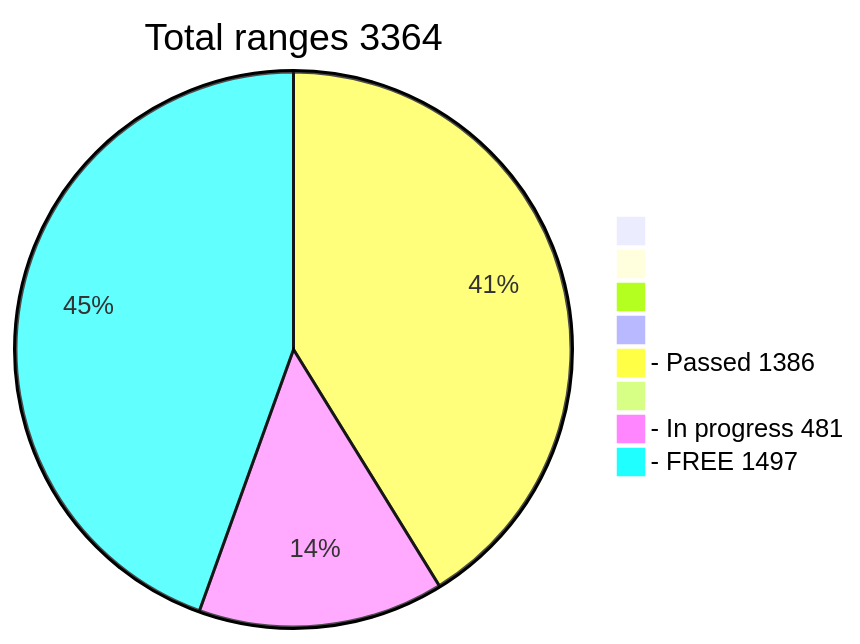
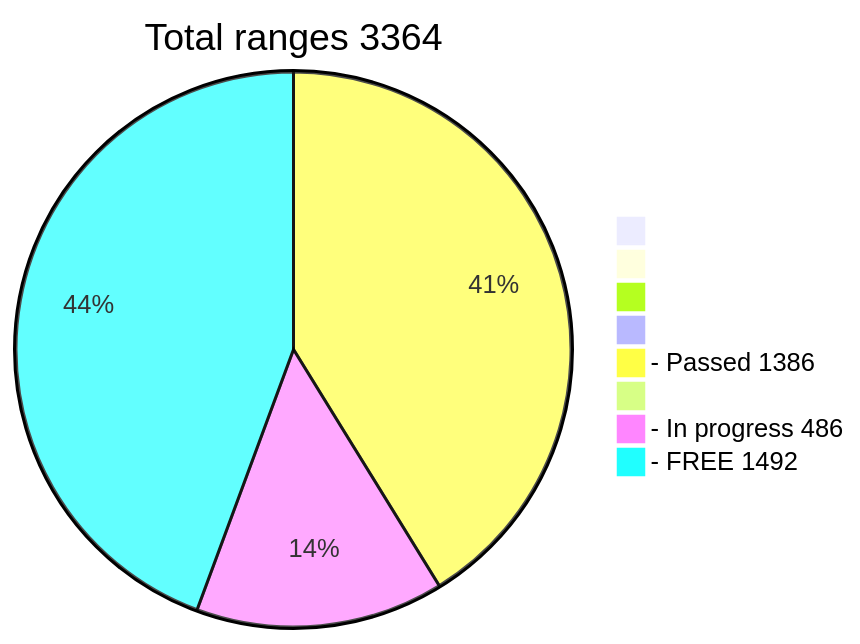
The diagram in README.md (phrutis/wif500), drawn with Mermaid before and after one commit.

````diff
--- a/README.md
+++ b/README.md
@@ -16,12 +16,12 @@
 ```mermaid
 pie title Total ranges 3364
              " " : 0
             "  " : 0
            "   " : 0
           "    " : 0
   "- Passed 1386" : 1386
          "     " : 0
-  "- In progress 481" : 481
-   "- FREE 1497" : 1497
+  "- In progress 486" : 486
+   "- FREE 1492" : 1492
    
 ```
````
